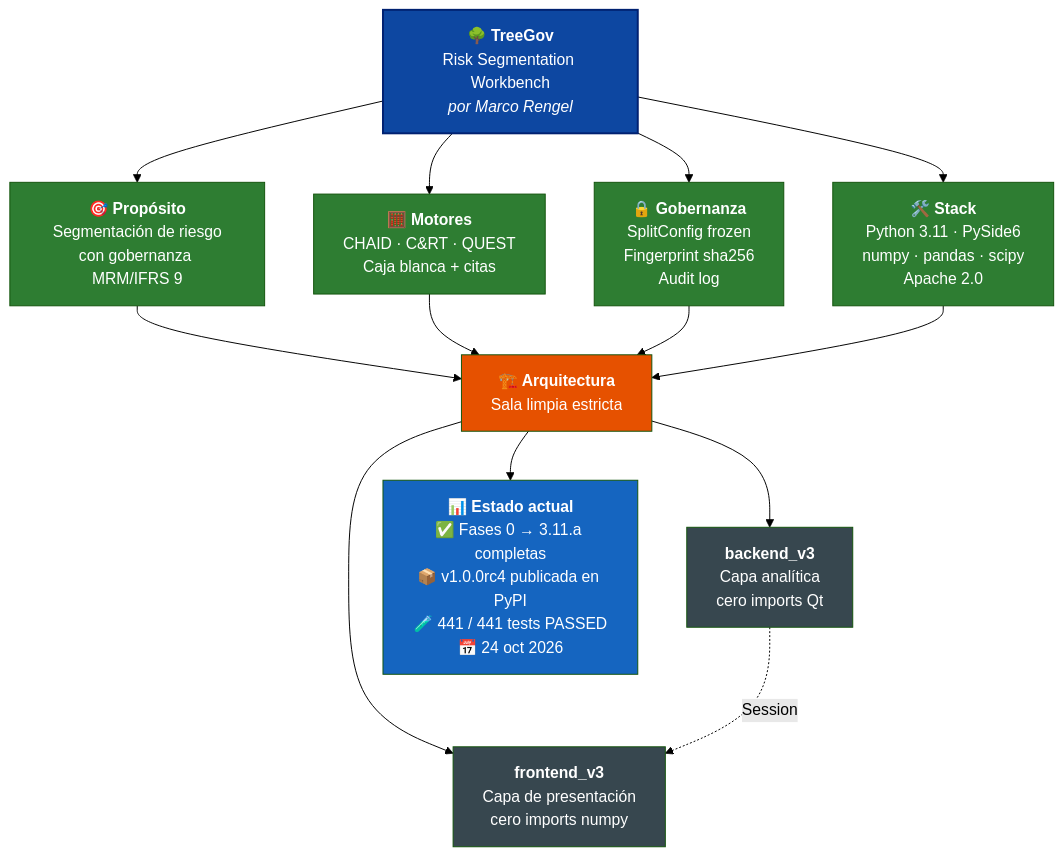
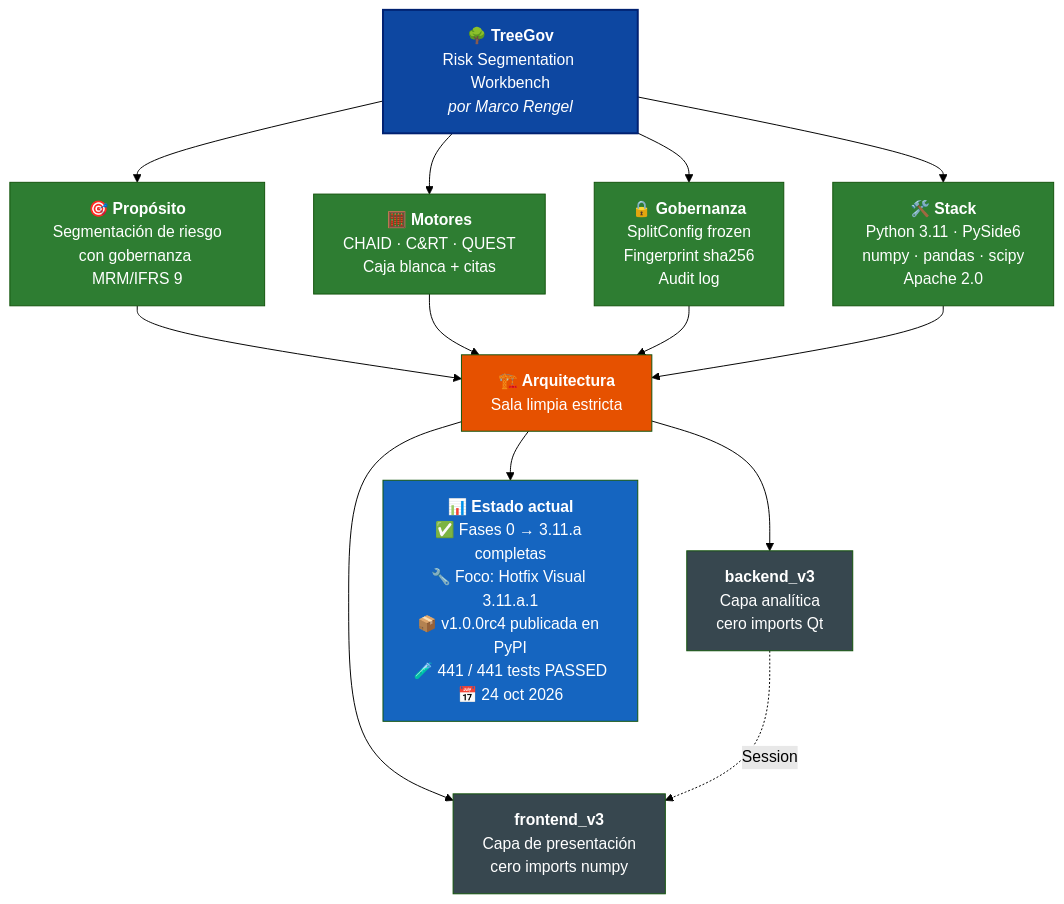
The diagram in README.es.md (Marco-Rengel/treegov), drawn with Mermaid (forest theme) before and after one commit. The commit also changed other lines of this file and 12 other files, not shown here.

````diff
--- a/README.es.md
+++ b/README.es.md
@@ -36,31 +36,31 @@
 ```mermaid
 flowchart TB
     TG["<b>🌳 TreeGov</b><br/>Risk Segmentation Workbench<br/><i>por Marco Rengel</i>"]
 
     TG --> P["<b>🎯 Propósito</b><br/>Segmentación de riesgo<br/>con gobernanza MRM/IFRS 9"]
     TG --> M["<b>🧮 Motores</b><br/>CHAID · C&RT · QUEST<br/>Caja blanca + citas"]
     TG --> G["<b>🔒 Gobernanza</b><br/>SplitConfig frozen<br/>Fingerprint sha256<br/>Audit log"]
     TG --> S["<b>🛠️ Stack</b><br/>Python 3.11 · PySide6<br/>numpy · pandas · scipy<br/>Apache 2.0"]
 
     P --> ARQ["<b>🏗️ Arquitectura</b><br/>Sala limpia estricta"]
     M --> ARQ
     G --> ARQ
     S --> ARQ
 
     ARQ --> BE["<b>backend_v3</b><br/>Capa analítica<br/>cero imports Qt"]
     ARQ --> FE["<b>frontend_v3</b><br/>Capa de presentación<br/>cero imports numpy"]
 
     BE -.->|Session| FE
 
-    ARQ --> ST["<b>📊 Estado actual</b><br/>✅ Fases 0 → 3.11.a completas<br/>📦 v1.0.0rc4 publicada en PyPI<br/>🧪 441 / 441 tests PASSED<br/>📅 24 oct 2026"]
+    ARQ --> ST["<b>📊 Estado actual</b><br/>✅ Fases 0 → 3.11.a completas<br/>🔧 Foco: Hotfix Visual 3.11.a.1<br/>📦 v1.0.0rc4 publicada en PyPI<br/>🧪 441 / 441 tests PASSED<br/>📅 24 oct 2026"]
 
     style TG fill:#0D47A1,color:#fff,stroke:#002171,stroke-width:2px
     style P fill:#2E7D32,color:#fff
     style M fill:#2E7D32,color:#fff
     style G fill:#2E7D32,color:#fff
     style S fill:#2E7D32,color:#fff
     style ARQ fill:#E65100,color:#fff
     style BE fill:#37474F,color:#fff
     style FE fill:#37474F,color:#fff
     style ST fill:#1565C0,color:#fff
 ```
````
